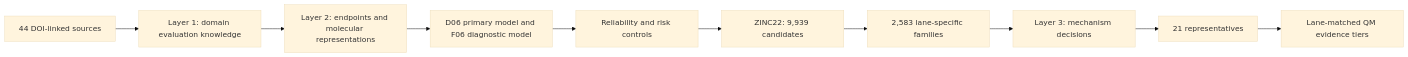
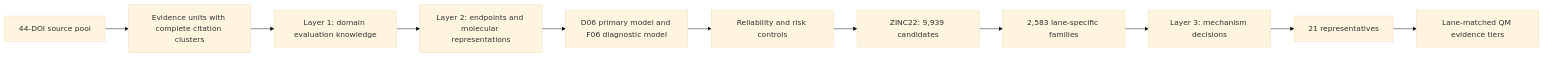
One commit to Shiruo-Yang/2pi-literature-knowledge changed the diagram in README.md. Above: the diagram before and after it, drawn with Mermaid (base theme). The commit also changed other lines of this file and 21 other files, not shown here.

````diff
--- a/README.md
+++ b/README.md
@@ -17,12 +17,13 @@
 ```mermaid
 flowchart LR
-    S[44 DOI-linked sources] --> L1[Layer 1: domain evaluation knowledge]
+    S[44-DOI source pool] --> E[Evidence units with complete citation clusters]
+    E --> L1[Layer 1: domain evaluation knowledge]
     L1 --> L2[Layer 2: endpoints and molecular representations]
     L2 --> M[D06 primary model and F06 diagnostic model]
     M --> R[Reliability and risk controls]
     R --> Z[ZINC22: 9,939 candidates]
     Z --> F[2,583 lane-specific families]
     F --> L3[Layer 3: mechanism decisions]
     L3 --> P[21 representatives]
     P --> Q[Lane-matched QM evidence tiers]
 ```
````
